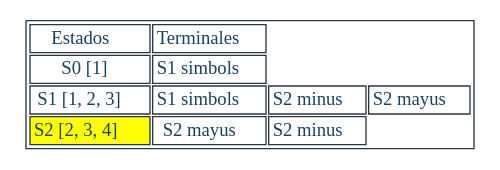
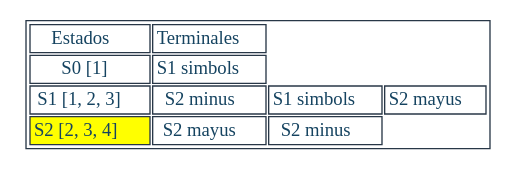
Before and after one commit to JeffMendez/OCL_Proyecto1_201901557: the diagram in Regexive/archivos/TRANSICIONES_201901557/erAzar.dot, drawn with Graphviz. The commit also changed 114 other files, not shown here.

```diff
--- a/Regexive/archivos/TRANSICIONES_201901557/erAzar.dot
+++ b/Regexive/archivos/TRANSICIONES_201901557/erAzar.dot
@@ -1,14 +1,14 @@
 digraph T {
 aHtmlTable [
    shape=plaintext
    color="#283747" fontcolor="#154360" label=<
 
    <table border='1' cellborder='1'>
    <tr>
       <td>Estados</td>
       <td>Terminales</td>
-   </tr><tr><td>S0 [1]</td><td>S1 simbols</td></tr><tr><td>S1 [1, 2, 3]</td><td>S1 simbols</td><td>S2 minus</td><td>S2 mayus</td></tr><tr><td bgcolor="yellow"> S2 [2, 3, 4]</td><td>S2 mayus</td><td>S2 minus</td></tr></table>
+   </tr><tr><td>S0 [1]</td><td>S1 simbols</td></tr><tr><td>S1 [1, 2, 3]</td><td>S2 minus</td><td>S1 simbols</td><td>S2 mayus</td></tr><tr><td bgcolor="yellow"> S2 [2, 3, 4]</td><td>S2 mayus</td><td>S2 minus</td></tr></table>
 
    >]; 
 
 }
```
